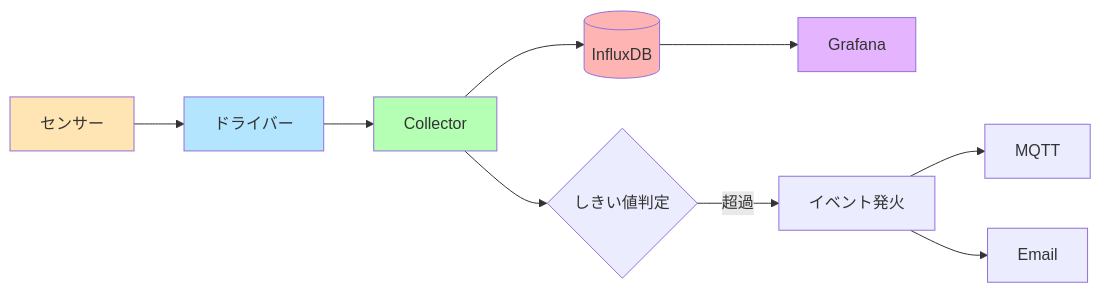
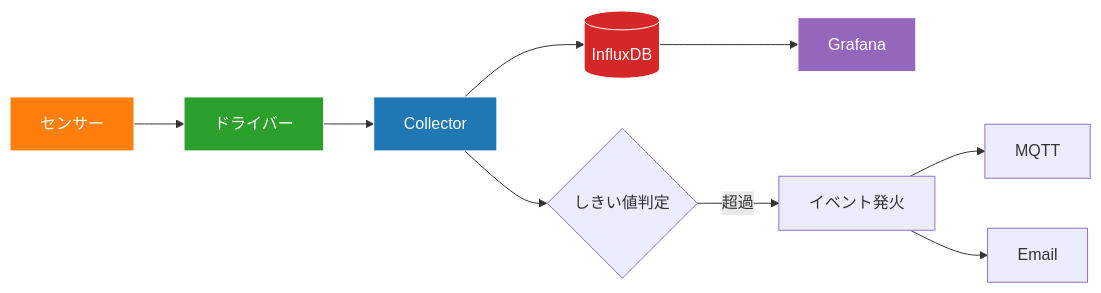
The second of 3 diagrams in docs/architecture/sensor-collection-architecture.md (w-pinkietech/iot4-copy), drawn with Mermaid before and after one commit. The commit also changed other lines of this file, not shown here.

First line of the commit message:
docs: Improve Mermaid diagram colors for dark mode compatibility

````diff
--- a/docs/architecture/sensor-collection-architecture.md
+++ b/docs/architecture/sensor-collection-architecture.md
@@ -218,18 +218,18 @@
 ```mermaid
 flowchart LR
     Sensor[センサー] --> Driver[ドライバー]
     Driver --> Collector[Collector]
     Collector --> InfluxDB[(InfluxDB)]
     InfluxDB --> Grafana[Grafana]
     
     Collector --> Threshold{しきい値判定}
     Threshold -->|超過| Event[イベント発火]
     Event --> MQTT[MQTT]
     Event --> Email[Email]
     
-    style Sensor fill:#FFE5B4
-    style Driver fill:#B4E5FF
-    style Collector fill:#B4FFB4
-    style InfluxDB fill:#FFB4B4
-    style Grafana fill:#E5B4FF
+    style Sensor fill:#ff7f0e,stroke:#fff,color:#fff
+    style Driver fill:#2ca02c,stroke:#fff,color:#fff
+    style Collector fill:#1f77b4,stroke:#fff,color:#fff
+    style InfluxDB fill:#d62728,stroke:#fff,color:#fff
+    style Grafana fill:#9467bd,stroke:#fff,color:#fff
 ```
````
